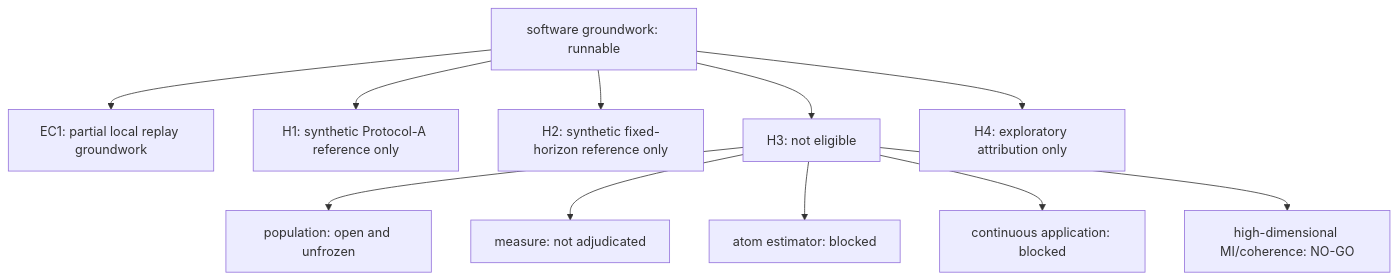
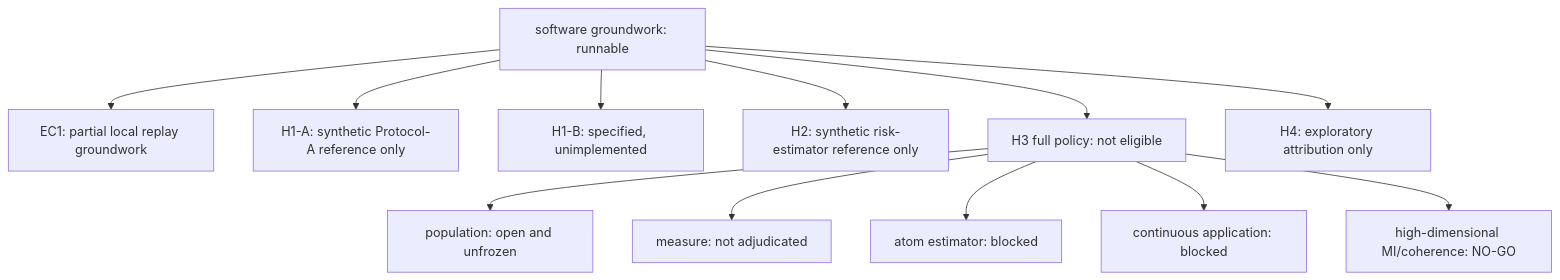
Before and after one commit to sepahead/prisoma: the first of 11 diagrams in DIAGRAMS.md, drawn with Mermaid. The commit also changed other lines of this file and 60 other files, not shown here.

````diff
--- a/DIAGRAMS.md
+++ b/DIAGRAMS.md
@@ -10,21 +11,23 @@
 ```mermaid
 flowchart TD
     Groundwork["software groundwork: runnable"]
     EC1["EC1: partial local replay groundwork"]
-    H1["H1: synthetic Protocol-A reference only"]
-    H2["H2: synthetic fixed-horizon reference only"]
-    H3["H3: not eligible"]
+    H1A["H1-A: synthetic Protocol-A reference only"]
+    H1B["H1-B: specified, unimplemented"]
+    H2["H2: synthetic risk-estimator reference only"]
+    H3["H3 full policy: not eligible"]
     H4["H4: exploratory attribution only"]
 
     Groundwork --> EC1
-    Groundwork --> H1
+    Groundwork --> H1A
+    Groundwork --> H1B
     Groundwork --> H2
     Groundwork --> H3
     Groundwork --> H4
 
     H3 --> Population["population: open and unfrozen"]
     H3 --> Measure["measure: not adjudicated"]
     H3 --> Estimator["atom estimator: blocked"]
     H3 --> Application["continuous application: blocked"]
     H3 --> HighDim["high-dimensional MI/coherence: NO-GO"]
 ```
````
